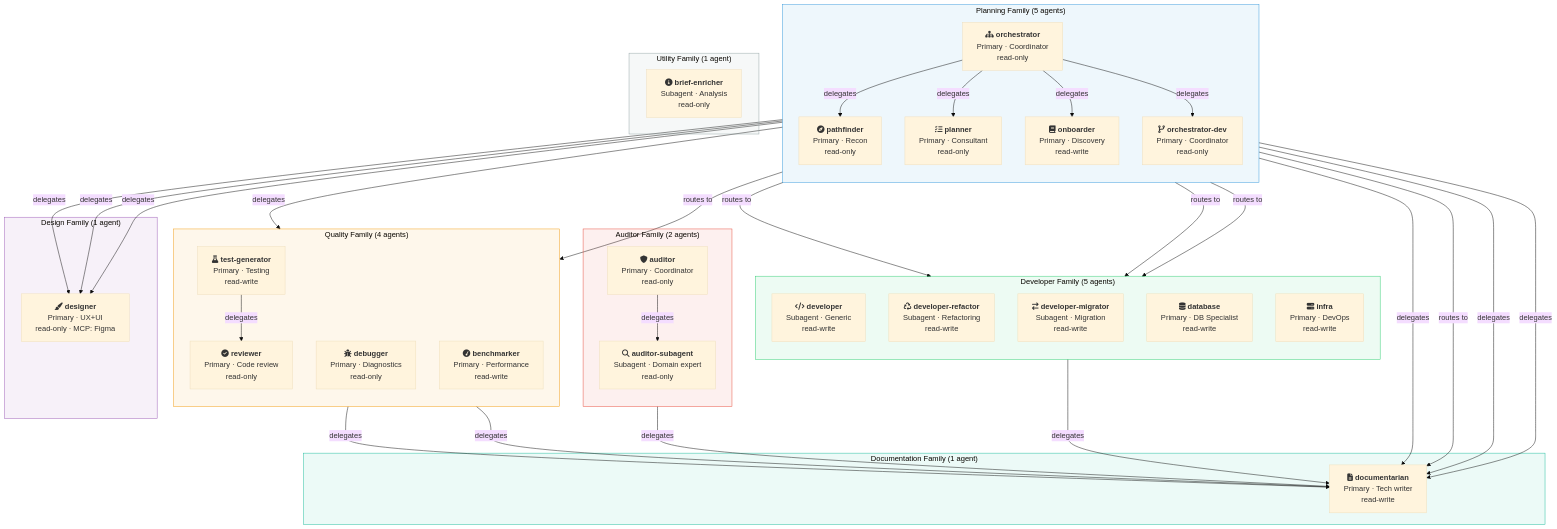
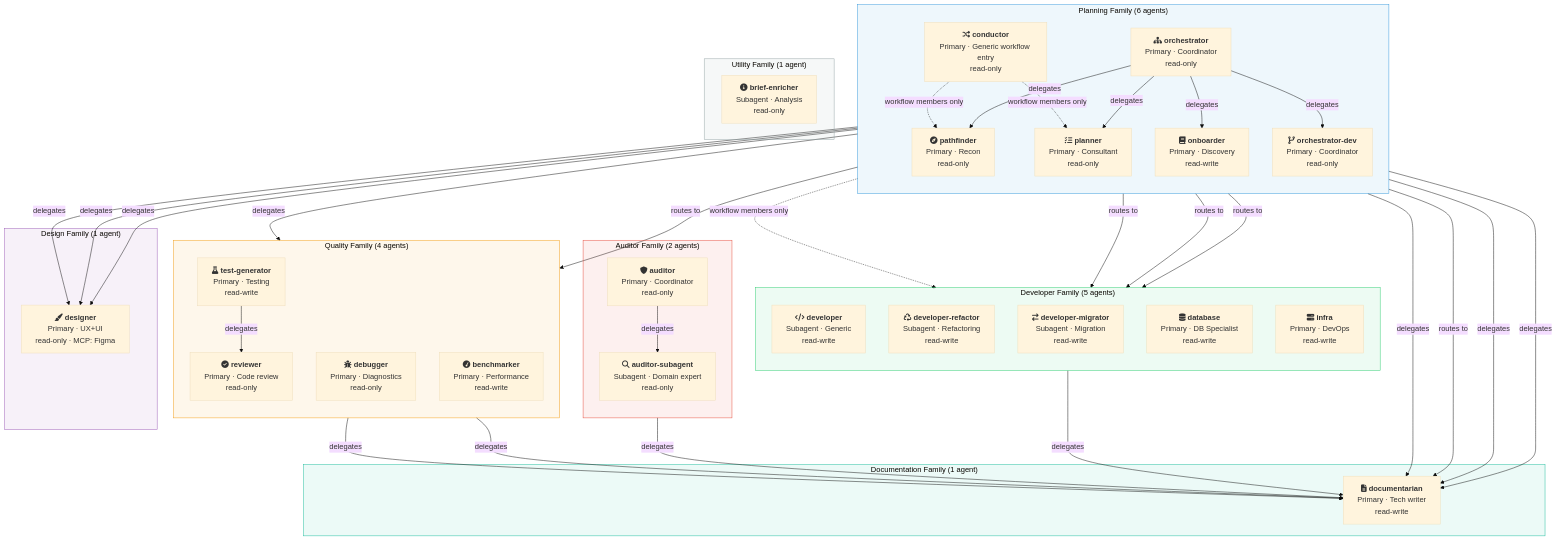
One commit to datichb/openhub changed the diagram in docs/diagrams/agent-hierarchy.mermaid. Above: the diagram before and after it, drawn with Mermaid (base theme). The commit also changed 23 other files, not shown here.

Commit message:
docs(diagrams): diagrammes v5 refaits (vue système, livraison des skills, parcours, commandes, cascade des modèles, couches de workflow, carte des workflows, TUI, équipe, agents) + cycle de vie d'une session et topologie local/conteneur/distant, SVG régénérés avec mmdc (v5 finalisation, DOC2)

```diff
--- a/docs/diagrams/agent-hierarchy.mermaid
+++ b/docs/diagrams/agent-hierarchy.mermaid
@@ -1,83 +1,89 @@
-%% OpenHub -- Agent Hierarchy
-%% 19 agents across 7 families, showing mode (primary/subagent)
-%% and delegation relationships
+%% OpenHub -- Agent Hierarchy (v5)
+%% 20 agents across 7 families, showing mode (primary/subagent)
+%% and the delegations their permissions allow. In a session, the workflow
+%% decides which agents are members and which delegations are reachable
+%% (SubagentGraph, closed world): see ADR-039 and ADR-041.
 
 flowchart TD
-    subgraph Planning ["Planning Family (5 agents)"]
+    subgraph Planning ["Planning Family (6 agents)"]
         direction TB
+        COND["fa:fa-random <strong>conductor</strong><br/>Primary · Generic workflow entry<br/>read-only"]
         ORCH["fa:fa-sitemap <strong>orchestrator</strong><br/>Primary · Coordinator<br/>read-only"]
         ORCHDEV["fa:fa-code-branch <strong>orchestrator-dev</strong><br/>Primary · Coordinator<br/>read-only"]
         PLAN["fa:fa-tasks <strong>planner</strong><br/>Primary · Consultant<br/>read-only"]
         PATH["fa:fa-compass <strong>pathfinder</strong><br/>Primary · Recon<br/>read-only"]
         ONB["fa:fa-book <strong>onboarder</strong><br/>Primary · Discovery<br/>read-write"]
     end
 
     subgraph Developer ["Developer Family (5 agents)"]
         direction TB
         DEV["fa:fa-code <strong>developer</strong><br/>Subagent · Generic<br/>read-write"]
         DEVR["fa:fa-recycle <strong>developer-refactor</strong><br/>Subagent · Refactoring<br/>read-write"]
         DEVM["fa:fa-exchange <strong>developer-migrator</strong><br/>Subagent · Migration<br/>read-write"]
         DB["fa:fa-database <strong>database</strong><br/>Primary · DB Specialist<br/>read-write"]
         INFRA["fa:fa-server <strong>infra</strong><br/>Primary · DevOps<br/>read-write"]
     end
 
     subgraph Auditor ["Auditor Family (2 agents)"]
         direction TB
         AUD["fa:fa-shield <strong>auditor</strong><br/>Primary · Coordinator<br/>read-only"]
         AUDS["fa:fa-search <strong>auditor-subagent</strong><br/>Subagent · Domain expert<br/>read-only"]
     end
 
     subgraph Quality ["Quality Family (4 agents)"]
         direction TB
         REV["fa:fa-check-circle <strong>reviewer</strong><br/>Primary · Code review<br/>read-only"]
         DBG["fa:fa-bug <strong>debugger</strong><br/>Primary · Diagnostics<br/>read-only"]
         BENCH["fa:fa-tachometer <strong>benchmarker</strong><br/>Primary · Performance<br/>read-write"]
         TEST["fa:fa-flask <strong>test-generator</strong><br/>Primary · Testing<br/>read-write"]
     end
 
     subgraph Design ["Design Family (1 agent)"]
         DES["fa:fa-paint-brush <strong>designer</strong><br/>Primary · UX+UI<br/>read-only · MCP: Figma"]
     end
 
     subgraph Documentation ["Documentation Family (1 agent)"]
         DOC["fa:fa-file-text <strong>documentarian</strong><br/>Primary · Tech writer<br/>read-write"]
     end
 
     subgraph Utility ["Utility Family (1 agent)"]
         BRF["fa:fa-info-circle <strong>brief-enricher</strong><br/>Subagent · Analysis<br/>read-only"]
     end
 
     %% Delegation edges
+    COND -.->|"workflow members only"| PATH
+    COND -.->|"workflow members only"| PLAN
+    COND -.->|"workflow members only"| DEV
     ORCH -->|delegates| PATH
     ORCH -->|delegates| PLAN
     ORCH -->|delegates| ONB
     ORCH -->|delegates| DES
     ORCH -->|delegates| ORCHDEV
     ORCH -->|delegates| DBG
     ORCH -->|delegates| DOC
 
     ORCHDEV -->|routes to| DEV
     ORCHDEV -->|routes to| DEVR
     ORCHDEV -->|routes to| DEVM
     ORCHDEV -->|routes to| REV
     ORCHDEV -->|routes to| DOC
 
     AUD -->|delegates| AUDS
     AUD -->|delegates| DOC
 
     PLAN -->|delegates| DOC
     PLAN -->|delegates| DES
     PATH -->|delegates| DOC
     PATH -->|delegates| DES
     DB -->|delegates| DOC
     BENCH -->|delegates| DOC
     TEST -->|delegates| DOC
     TEST -->|delegates| REV
 
     style Planning fill:#3498db15,stroke:#3498db
     style Developer fill:#2ecc7115,stroke:#2ecc71
     style Auditor fill:#e74c3c15,stroke:#e74c3c
     style Quality fill:#f39c1215,stroke:#f39c12
     style Design fill:#9b59b615,stroke:#9b59b6
     style Documentation fill:#1abc9c15,stroke:#1abc9c
     style Utility fill:#95a5a615,stroke:#95a5a6
```
